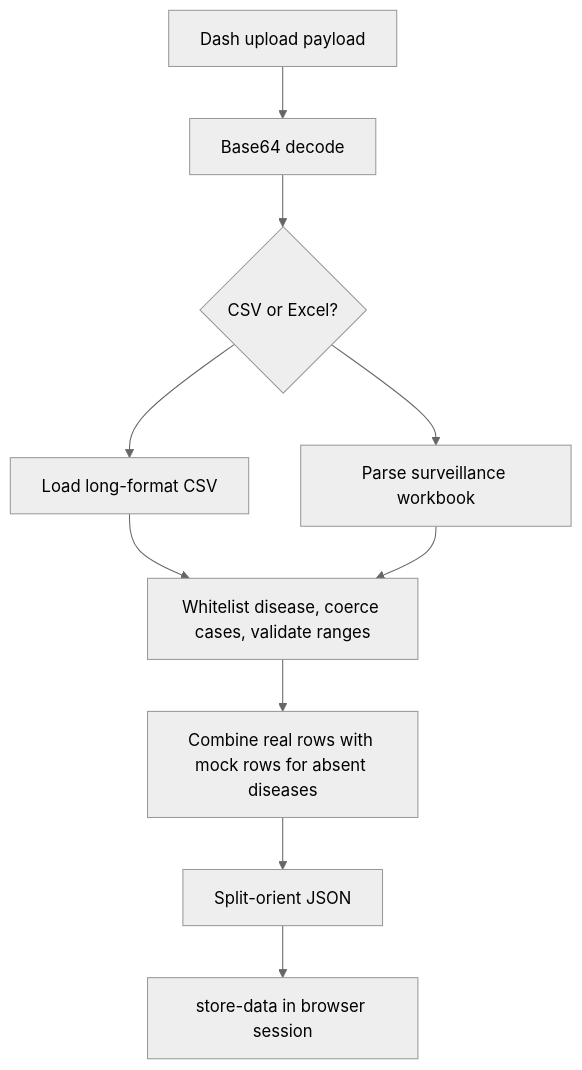
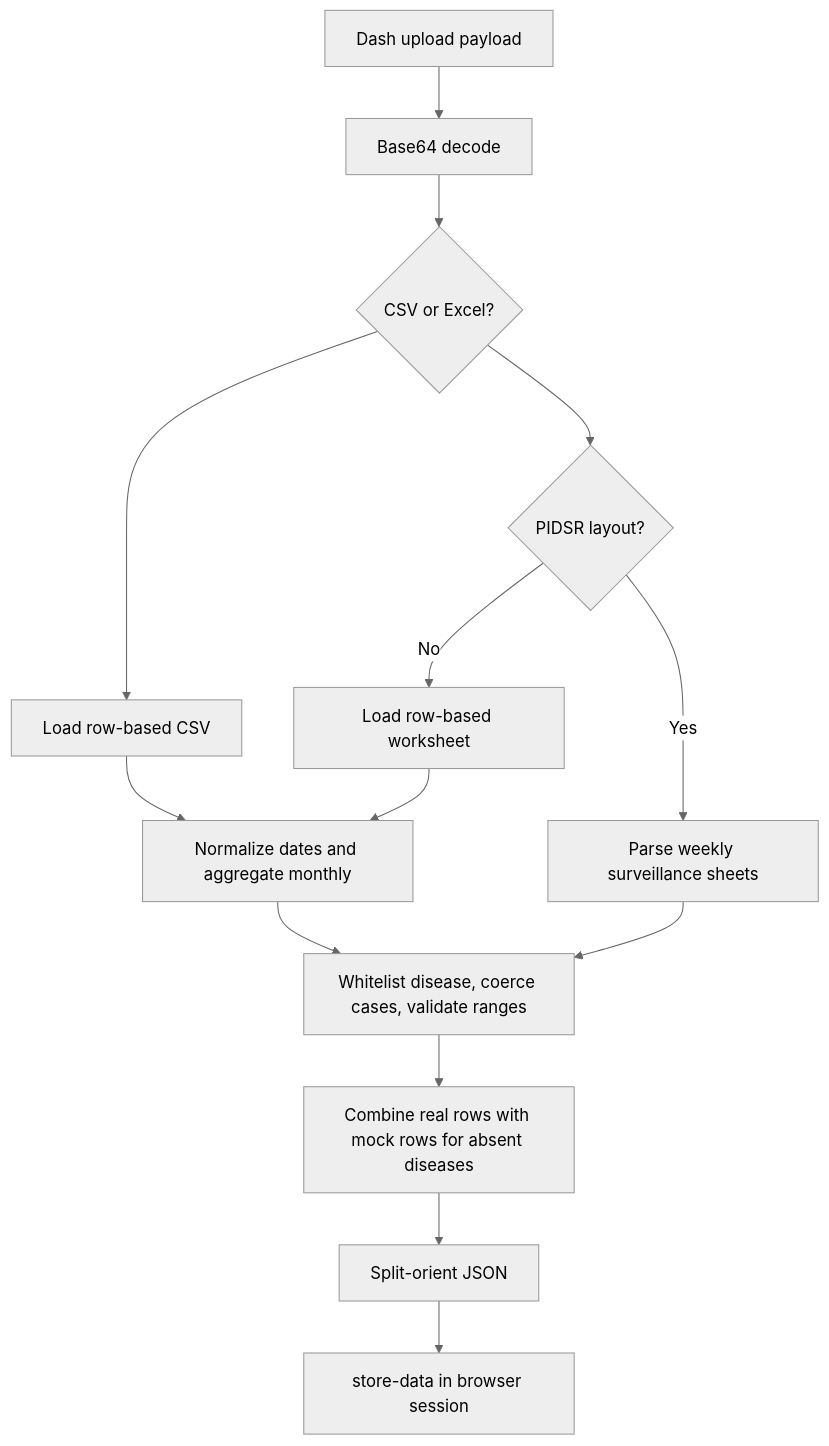
Before and after one commit to qm-pallasigui-arch/Antipolo-dashboard: the second of 3 diagrams in ARCHITECTURE.md, drawn with Mermaid (neutral theme). The commit also changed other lines of this file and 14 other files, not shown here.

````diff
--- a/ARCHITECTURE.md
+++ b/ARCHITECTURE.md
@@ -85,12 +99,16 @@
 ```mermaid
 flowchart TD
     Upload[Dash upload payload] --> Decode[Base64 decode]
     Decode --> Dispatch{CSV or Excel?}
-    Dispatch --> CSV[Load long-format CSV]
-    Dispatch --> XLSX[Parse surveillance workbook]
-    CSV --> Validate[Whitelist disease, coerce cases, validate ranges]
-    XLSX --> Validate
+    Dispatch --> CSV[Load row-based CSV]
+    Dispatch --> XLSX{PIDSR layout?}
+    XLSX -->|Yes| PIDSR[Parse weekly surveillance sheets]
+    XLSX -->|No| Flat[Load row-based worksheet]
+    CSV --> Normalize[Normalize dates and aggregate monthly]
+    Flat --> Normalize
+    Normalize --> Validate[Whitelist disease, coerce cases, validate ranges]
+    PIDSR --> Validate
     Validate --> Combine[Combine real rows with mock rows for absent diseases]
     Combine --> Serialize[Split-orient JSON]
     Serialize --> Store[store-data in browser session]
 ```
````
